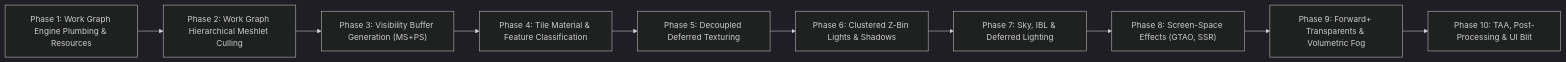
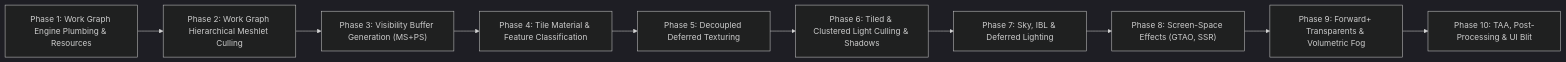
The fifth of 5 diagrams in docs/specs/modern_rendering_pipeline_plan.md (misakieku/GhostEngine), drawn with Mermaid (dark theme) before and after one commit. The commit also changed other lines of this file and 28 other files, not shown here.

First line of the commit message:
feat(graphics): implement dual-grid lighting pipeline

````diff
--- a/docs/specs/modern_rendering_pipeline_plan.md
+++ b/docs/specs/modern_rendering_pipeline_plan.md
@@ -218,12 +251,12 @@
 ```mermaid
 flowchart LR
     P1["Phase 1: Work Graph Engine Plumbing & Resources"] --> P2["Phase 2: Work Graph Hierarchical Meshlet Culling"]
     P2 --> P3["Phase 3: Visibility Buffer Generation (MS+PS)"]
     P3 --> P4["Phase 4: Tile Material & Feature Classification"]
     P4 --> P5["Phase 5: Decoupled Deferred Texturing"]
-    P5 --> P6["Phase 6: Clustered Z-Bin Lights & Shadows"]
+    P5 --> P6["Phase 6: Tiled & Clustered Light Culling & Shadows"]
     P6 --> P7["Phase 7: Sky, IBL & Deferred Lighting"]
     P7 --> P8["Phase 8: Screen-Space Effects (GTAO, SSR)"]
     P8 --> P9["Phase 9: Forward+ Transparents & Volumetric Fog"]
     P9 --> P10["Phase 10: TAA, Post-Processing & UI Blit"]
 ```
````
